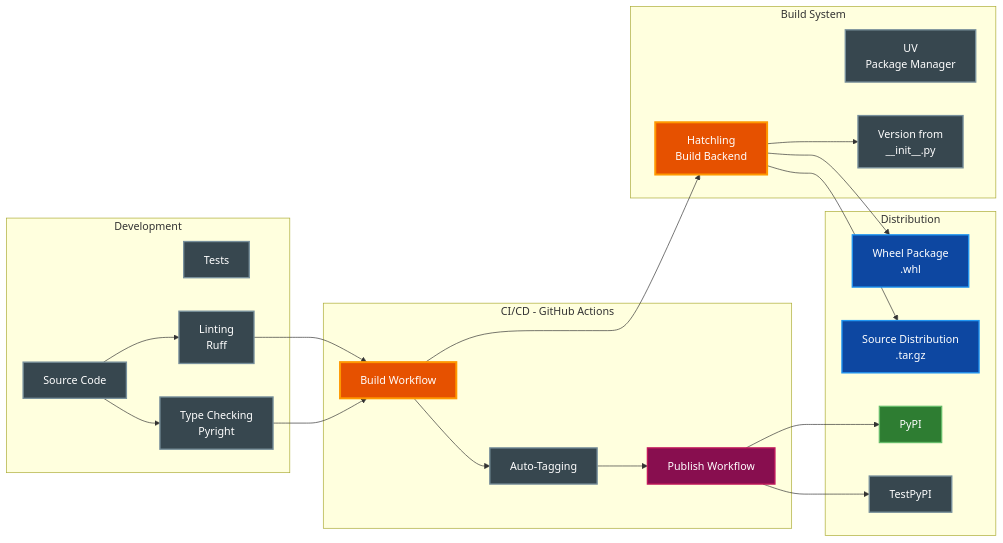
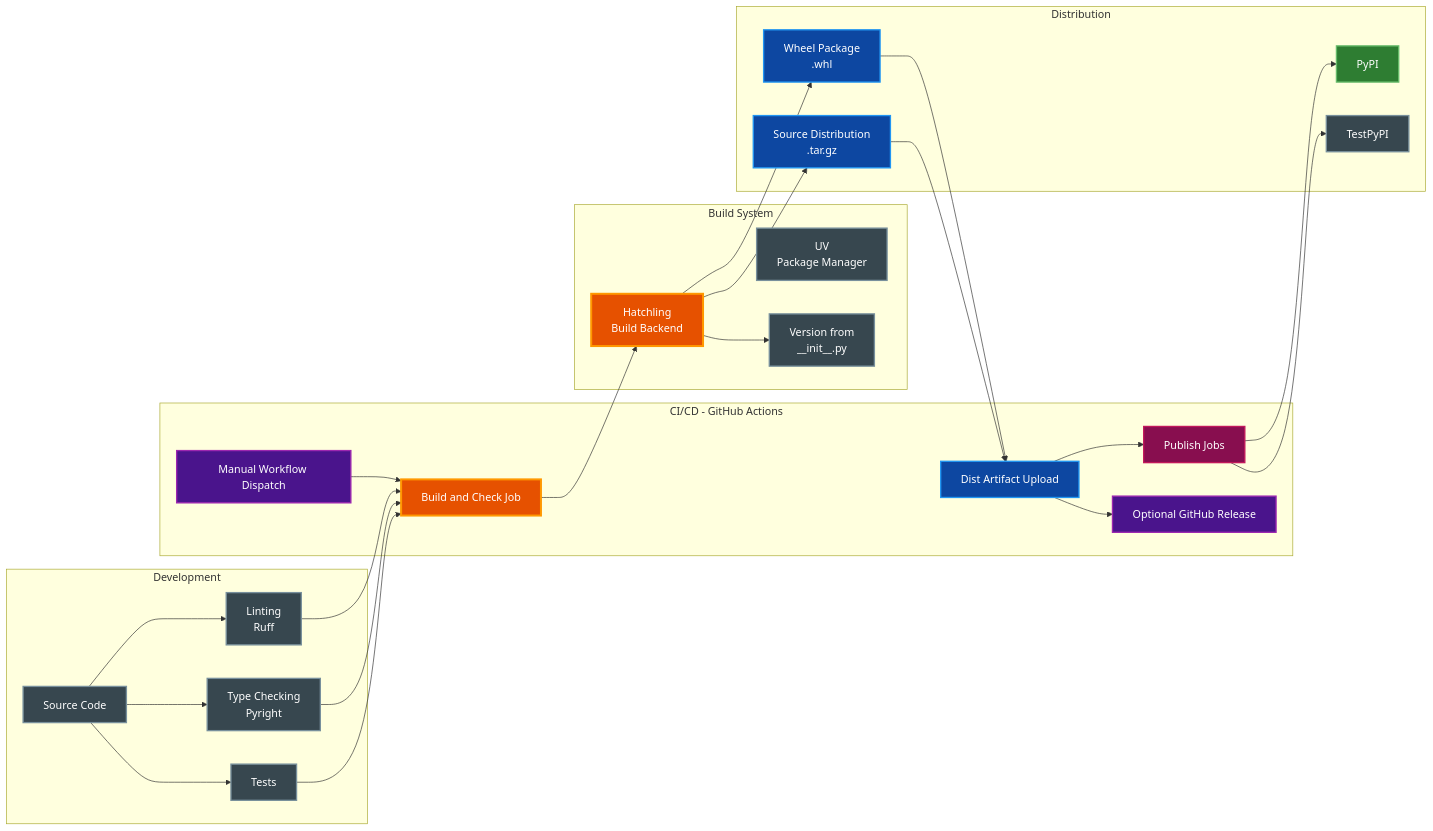
One commit to paulrobello/par-cli-tts changed diagram 13 of 21 in docs/ARCHITECTURE.md. Above: the diagram before and after it, drawn with Mermaid. The commit also changed other lines of this file and 3 other files, not shown here.

````diff
--- a/docs/ARCHITECTURE.md
+++ b/docs/ARCHITECTURE.md
@@ -1129,59 +1238,68 @@
 ```mermaid
 flowchart LR
     subgraph "Development"
         CODE[Source Code]
         TEST[Tests]
         LINT[Linting<br/>Ruff]
         TYPE[Type Checking<br/>Pyright]
     end
 
     subgraph "Build System"
         HATCH[Hatchling<br/>Build Backend]
         UV[UV<br/>Package Manager]
         VERSION[Version from<br/>__init__.py]
     end
 
     subgraph "CI/CD - GitHub Actions"
-        BUILD[Build Workflow]
-        TAG[Auto-Tagging]
-        PUBLISH[Publish Workflow]
+        DISPATCH[Manual Workflow Dispatch]
+        BUILD[Build and Check Job]
+        ARTIFACT[Dist Artifact Upload]
+        PUBLISH[Publish Jobs]
+        RELEASE[Optional GitHub Release]
     end
 
     subgraph "Distribution"
         WHEEL[Wheel Package<br/>.whl]
         SDIST[Source Distribution<br/>.tar.gz]
         PYPI[PyPI]
         TEST_PYPI[TestPyPI]
     end
 
     CODE --> LINT
     CODE --> TYPE
+    CODE --> TEST
+    DISPATCH --> BUILD
     LINT --> BUILD
     TYPE --> BUILD
+    TEST --> BUILD
 
     BUILD --> HATCH
     HATCH --> VERSION
     HATCH --> WHEEL
     HATCH --> SDIST
+    WHEEL --> ARTIFACT
+    SDIST --> ARTIFACT
 
-    BUILD --> TAG
-    TAG --> PUBLISH
+    ARTIFACT --> PUBLISH
+    ARTIFACT --> RELEASE
 
     PUBLISH --> TEST_PYPI
     PUBLISH --> PYPI
 
     style CODE fill:#37474f,stroke:#78909c,stroke-width:2px,color:#ffffff
     style TEST fill:#37474f,stroke:#78909c,stroke-width:2px,color:#ffffff
     style LINT fill:#37474f,stroke:#78909c,stroke-width:2px,color:#ffffff
     style TYPE fill:#37474f,stroke:#78909c,stroke-width:2px,color:#ffffff
     style HATCH fill:#e65100,stroke:#ff9800,stroke-width:3px,color:#ffffff
     style UV fill:#37474f,stroke:#78909c,stroke-width:2px,color:#ffffff
     style VERSION fill:#37474f,stroke:#78909c,stroke-width:2px,color:#ffffff
+    style DISPATCH fill:#4a148c,stroke:#9c27b0,stroke-width:2px,color:#ffffff
     style BUILD fill:#e65100,stroke:#ff9800,stroke-width:3px,color:#ffffff
-    style TAG fill:#37474f,stroke:#78909c,stroke-width:2px,color:#ffffff
+    style ARTIFACT fill:#0d47a1,stroke:#2196f3,stroke-width:2px,color:#ffffff
     style PUBLISH fill:#880e4f,stroke:#c2185b,stroke-width:2px,color:#ffffff
+    style RELEASE fill:#4a148c,stroke:#9c27b0,stroke-width:2px,color:#ffffff
     style WHEEL fill:#0d47a1,stroke:#2196f3,stroke-width:2px,color:#ffffff
     style SDIST fill:#0d47a1,stroke:#2196f3,stroke-width:2px,color:#ffffff
     style PYPI fill:#2e7d32,stroke:#66bb6a,stroke-width:2px,color:#ffffff
     style TEST_PYPI fill:#37474f,stroke:#78909c,stroke-width:2px,color:#ffffff
 ```
````
